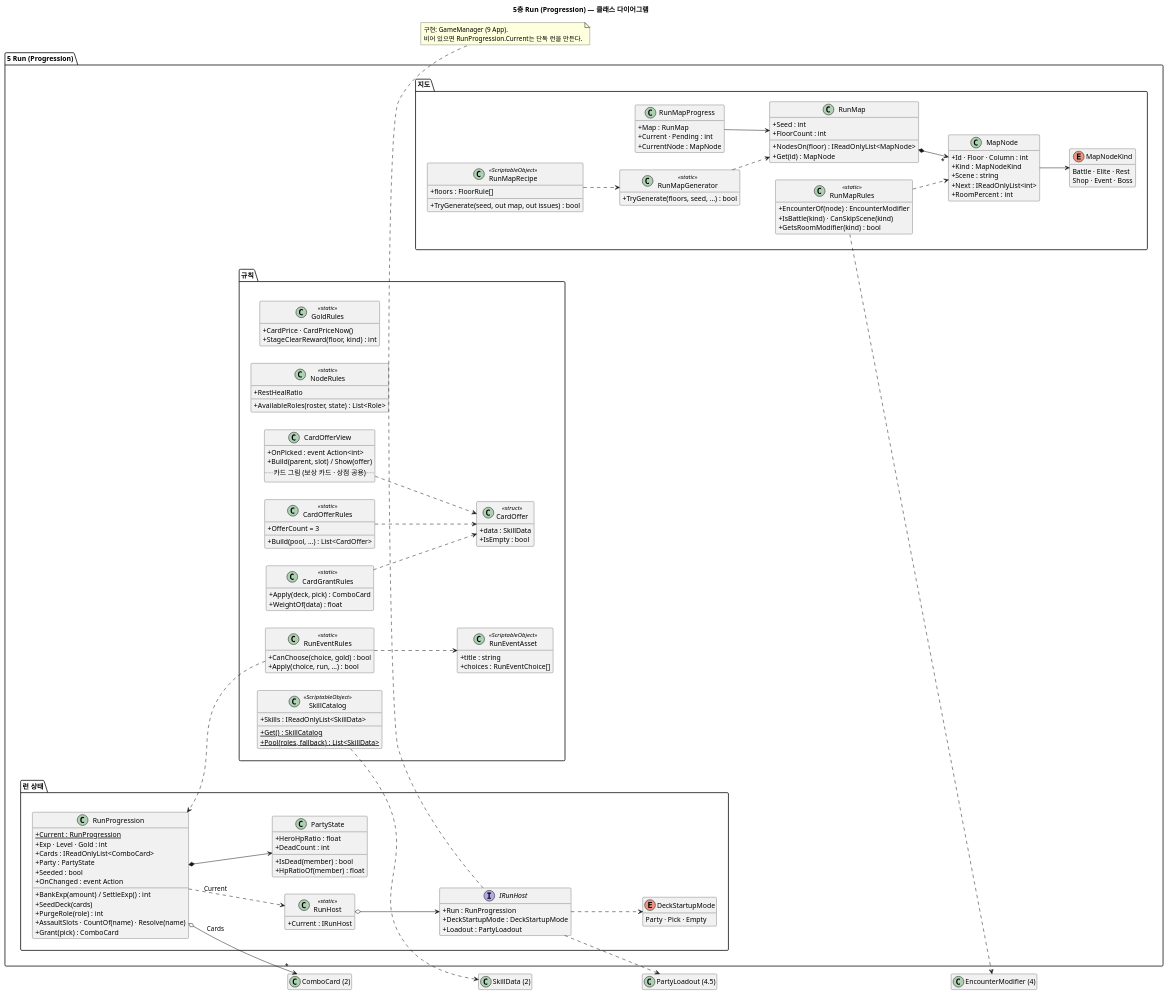
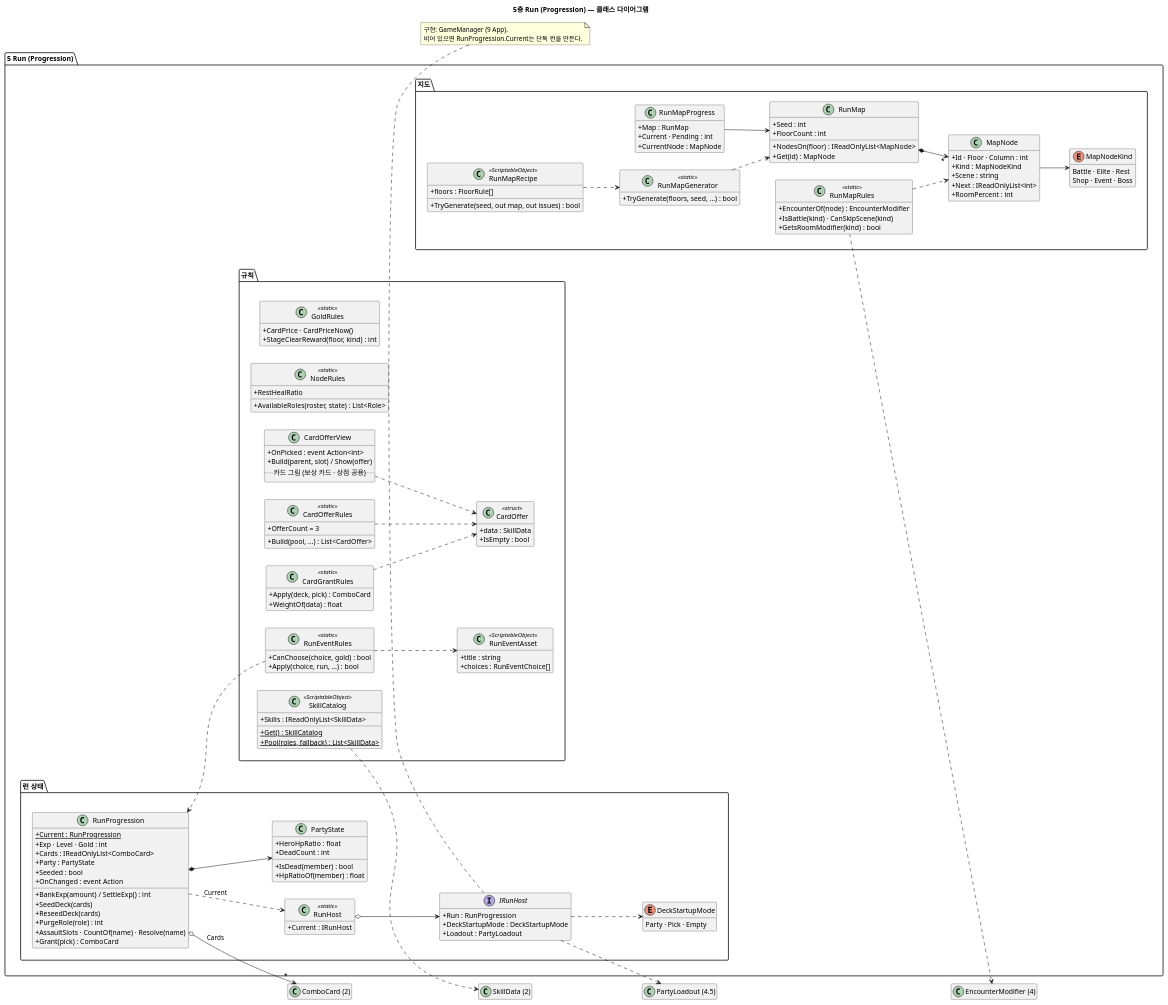
One commit to jukanmi/Prototype changed the diagram in docs/uml/08-Run.puml. Above: the diagram before and after it, drawn with PlantUML. The commit also changed 103 other files, not shown here.

```diff
--- a/docs/uml/08-Run.puml
+++ b/docs/uml/08-Run.puml
@@ -1,153 +1,154 @@
 @startuml 08-Run
 ' 5층 Run — 런 데이터: 골드 · 덱 · 파티 상태 · 지도 · 카드 제안 규칙.
 ' 런의 주인(GameManager · 9 App)은 IRunHost로만 보인다.
 title 5층 Run (Progression) — 클래스 다이어그램
 
 set separator none
 left to right direction
 skinparam shadowing false
 skinparam classAttributeIconSize 0
 hide empty members
 
 package "5 Run (Progression)" {
   package "런 상태" as PState {
     class RunProgression {
       + {static} Current : RunProgression
       + Exp · Level · Gold : int
       + Cards : IReadOnlyList<ComboCard>
       + Party : PartyState
       + Seeded : bool
       + OnChanged : event Action
       + BankExp(amount) / SettleExp() : int
       + SeedDeck(cards)
+      + ReseedDeck(cards)
       + PurgeRole(role) : int
       + AssaultSlots · CountOf(name) · Resolve(name)
       + Grant(pick) : ComboCard
     }
     class PartyState {
       + HeroHpRatio : float
       + IsDead(member) : bool
       + HpRatioOf(member) : float
       + DeadCount : int
     }
     interface IRunHost {
       + Run : RunProgression
       + DeckStartupMode : DeckStartupMode
       + Loadout : PartyLoadout
     }
     class RunHost <<static>> {
       + Current : IRunHost
     }
     enum DeckStartupMode {
       Party · Pick · Empty
     }
   }
 
   package "규칙" as PRules {
     class GoldRules <<static>> {
       + CardPrice · CardPriceNow()
       + StageClearReward(floor, kind) : int
     }
     class NodeRules <<static>> {
       + RestHealRatio
       + AvailableRoles(roster, state) : List<Role>
     }
     class CardOffer <<struct>> {
       + data : SkillData
       + IsEmpty : bool
     }
     class CardOfferRules <<static>> {
       + OfferCount = 3
       + Build(pool, …) : List<CardOffer>
     }
     class CardGrantRules <<static>> {
       + Apply(deck, pick) : ComboCard
       + WeightOf(data) : float
     }
     class CardOfferView {
       + OnPicked : event Action<int>
       + Build(parent, slot) / Show(offer)
       .. 카드 그림 (보상 카드 · 상점 공용) ..
     }
     class SkillCatalog <<ScriptableObject>> {
       + Skills : IReadOnlyList<SkillData>
       + {static} Get() : SkillCatalog
       + {static} Pool(roles, fallback) : List<SkillData>
     }
     class RunEventAsset <<ScriptableObject>> {
       + title : string
       + choices : RunEventChoice[]
     }
     class RunEventRules <<static>> {
       + CanChoose(choice, gold) : bool
       + Apply(choice, run, …) : bool
     }
   }
 
   package "지도" as PMap {
     class RunMap {
       + Seed : int
       + FloorCount : int
       + NodesOn(floor) : IReadOnlyList<MapNode>
       + Get(id) : MapNode
     }
     class MapNode {
       + Id · Floor · Column : int
       + Kind : MapNodeKind
       + Scene : string
       + Next : IReadOnlyList<int>
       + RoomPercent : int
     }
     enum MapNodeKind {
       Battle · Elite · Rest
       Shop · Event · Boss
     }
     class RunMapProgress {
       + Map : RunMap
       + Current · Pending : int
       + CurrentNode : MapNode
     }
     class RunMapRecipe <<ScriptableObject>> {
       + floors : FloorRule[]
       + TryGenerate(seed, out map, out issues) : bool
     }
     class RunMapGenerator <<static>> {
       + TryGenerate(floors, seed, …) : bool
     }
     class RunMapRules <<static>> {
       + EncounterOf(node) : EncounterModifier
       + IsBattle(kind) · CanSkipScene(kind)
       + GetsRoomModifier(kind) : bool
     }
   }
 }
 
 RunProgression *--> PartyState
 RunProgression o--> "*" "ComboCard (2)" : Cards
 RunProgression ..> RunHost : Current
 RunHost o--> IRunHost
 IRunHost ..> DeckStartupMode
 IRunHost ..> "PartyLoadout (4.5)"
 CardOfferRules ..> CardOffer
 CardGrantRules ..> CardOffer
 CardOfferView ..> CardOffer
 SkillCatalog ..> "SkillData (2)"
 RunEventRules ..> RunEventAsset
 RunEventRules ..> RunProgression
 RunMap *--> "*" MapNode
 MapNode --> MapNodeKind
 RunMapProgress --> RunMap
 RunMapRecipe ..> RunMapGenerator
 RunMapGenerator ..> RunMap
 RunMapRules ..> MapNode
 RunMapRules ..> "EncounterModifier (4)"
 
 note bottom of IRunHost
   구현: GameManager (9 App).
   비어 있으면 RunProgression.Current는 단독 런을 만든다.
 end note
 
 ' 하위 패키지 순서 (넓은 그림이 PNG 폭 4096 한도에 걸리지 않게)
 PState -[hidden]down- PRules
 PRules -[hidden]down- PMap
 @enduml
```
